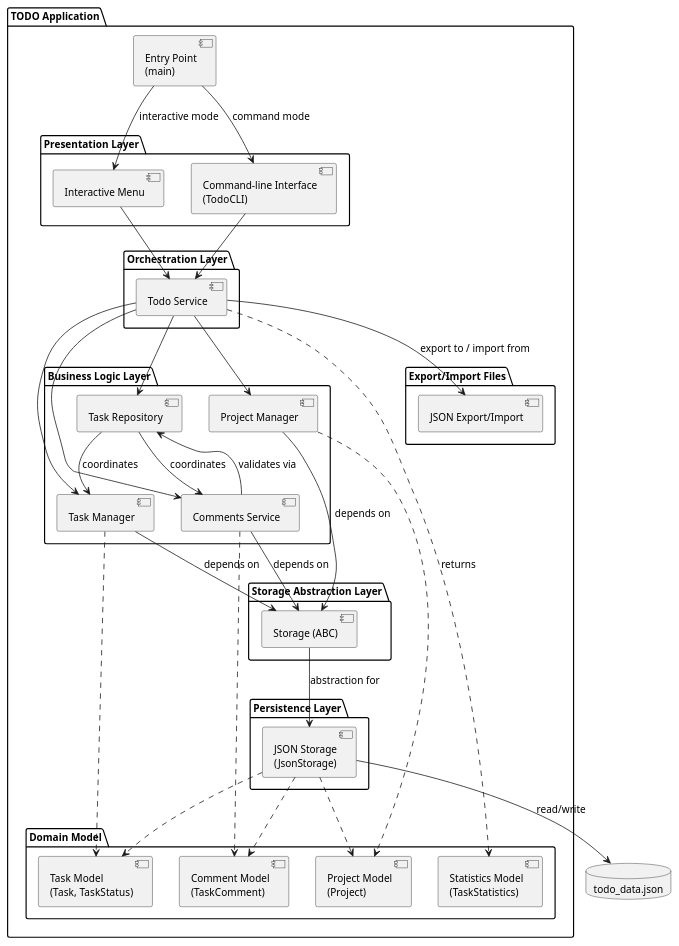
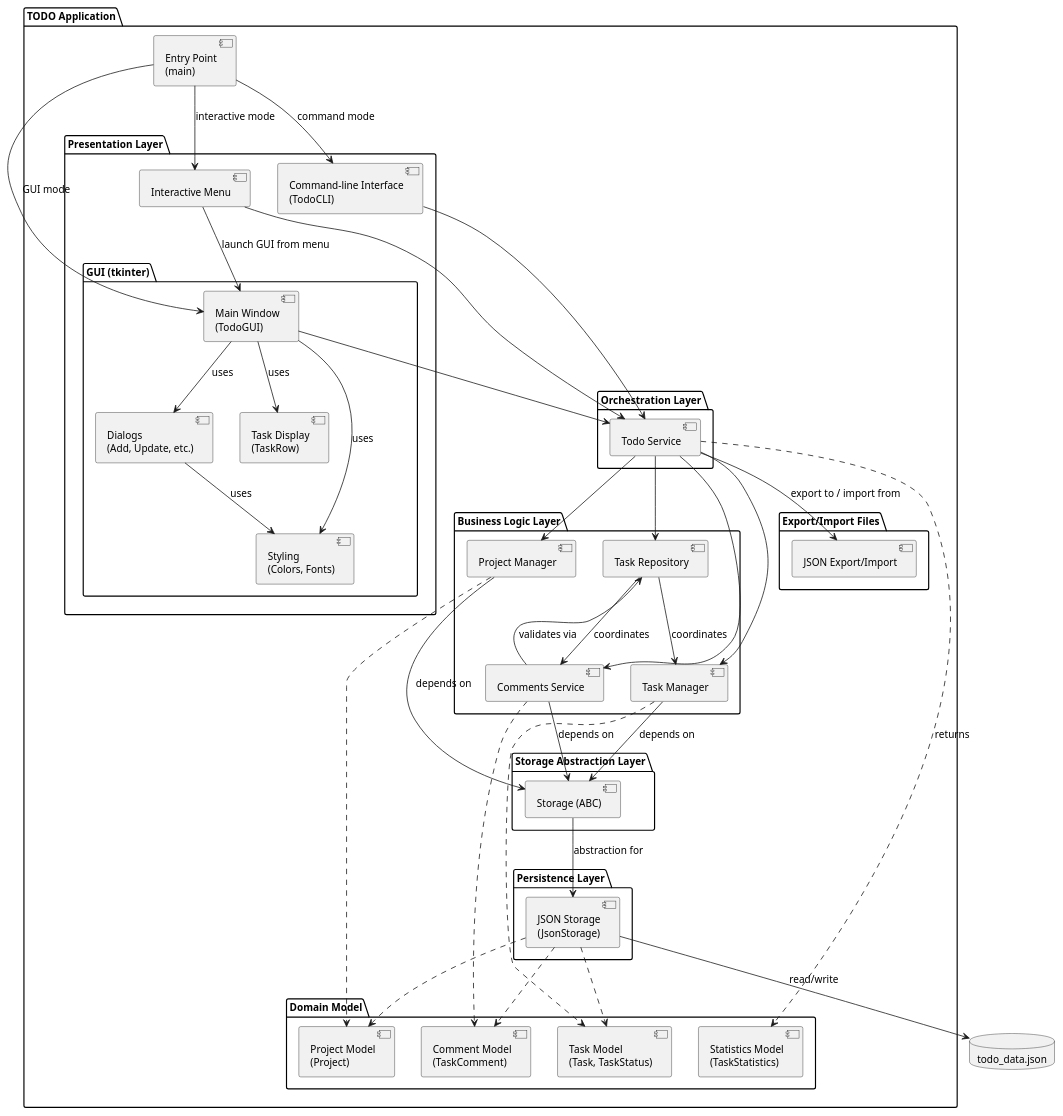
One commit to DanielRiha8906/Software_autoevolution_using_agents changed the diagram in experiments/supervisor_as_tools/structured_text/TODO/artifacts/component_diagram.puml. Above: the diagram before and after it, drawn with PlantUML. The commit also changed 11 other files, not shown here.

First line of the commit message:
task 10 | supervisor_as_tools / structured_text / TODO

```diff
--- a/experiments/supervisor_as_tools/structured_text/TODO/artifacts/component_diagram.puml
+++ b/experiments/supervisor_as_tools/structured_text/TODO/artifacts/component_diagram.puml
@@ -1,81 +1,97 @@
 @startuml component_diagram
 
 skinparam componentStyle uml2
 skinparam defaultFontSize 13
 
 top to bottom direction
 
 package "TODO Application" {
 
     component "Entry Point\n(main)" as Main
 
     package "Presentation Layer" {
         component "Interactive Menu" as IM
         component "Command-line Interface\n(TodoCLI)" as CLI
+
+        package "GUI (tkinter)" {
+            component "Main Window\n(TodoGUI)" as MainWindow
+            component "Dialogs\n(Add, Update, etc.)" as Dialogs
+            component "Task Display\n(TaskRow)" as TaskDisplay
+            component "Styling\n(Colors, Fonts)" as Styling
+        }
     }
 
     package "Orchestration Layer" {
         component "Todo Service" as SVC
     }
 
     package "Business Logic Layer" {
         component "Task Manager" as MGR
         component "Project Manager" as PMR
         component "Comments Service" as COM
         component "Task Repository" as REPO
     }
 
     package "Domain Model" {
         component "Task Model\n(Task, TaskStatus)" as Model
         component "Project Model\n(Project)" as ProjectModel
         component "Comment Model\n(TaskComment)" as CommentModel
         component "Statistics Model\n(TaskStatistics)" as StatsModel
     }
 
     package "Storage Abstraction Layer" {
         component "Storage (ABC)" as StorageABC
     }
 
     package "Persistence Layer" {
         component "JSON Storage\n(JsonStorage)" as Storage
     }
 
     package "Export/Import Files" {
         component "JSON Export/Import" as Files
     }
 }
 
 database "todo_data.json" as DB
 
 Main --> IM : interactive mode
 Main --> CLI : command mode
+Main --> MainWindow : GUI mode
 
 IM --> SVC
+IM --> MainWindow : launch GUI from menu
+
 CLI --> SVC
+
+MainWindow --> SVC
+MainWindow --> Dialogs : uses
+MainWindow --> TaskDisplay : uses
+MainWindow --> Styling : uses
+Dialogs --> Styling : uses
 
 SVC --> MGR
 SVC --> PMR
 SVC --> COM
 SVC --> REPO
 SVC ..> StatsModel : returns
 
 REPO --> MGR : coordinates
 REPO --> COM : coordinates
 
 MGR --> StorageABC : depends on
 MGR ..> Model
 PMR --> StorageABC : depends on
 PMR ..> ProjectModel
 COM --> StorageABC : depends on
 COM --> REPO : validates via
 COM ..> CommentModel
 
 StorageABC --> Storage : abstraction for
 Storage --> DB : read/write
 Storage ..> Model
 Storage ..> ProjectModel
 Storage ..> CommentModel
 
 SVC --> Files : export to / import from
 
 @enduml
```
